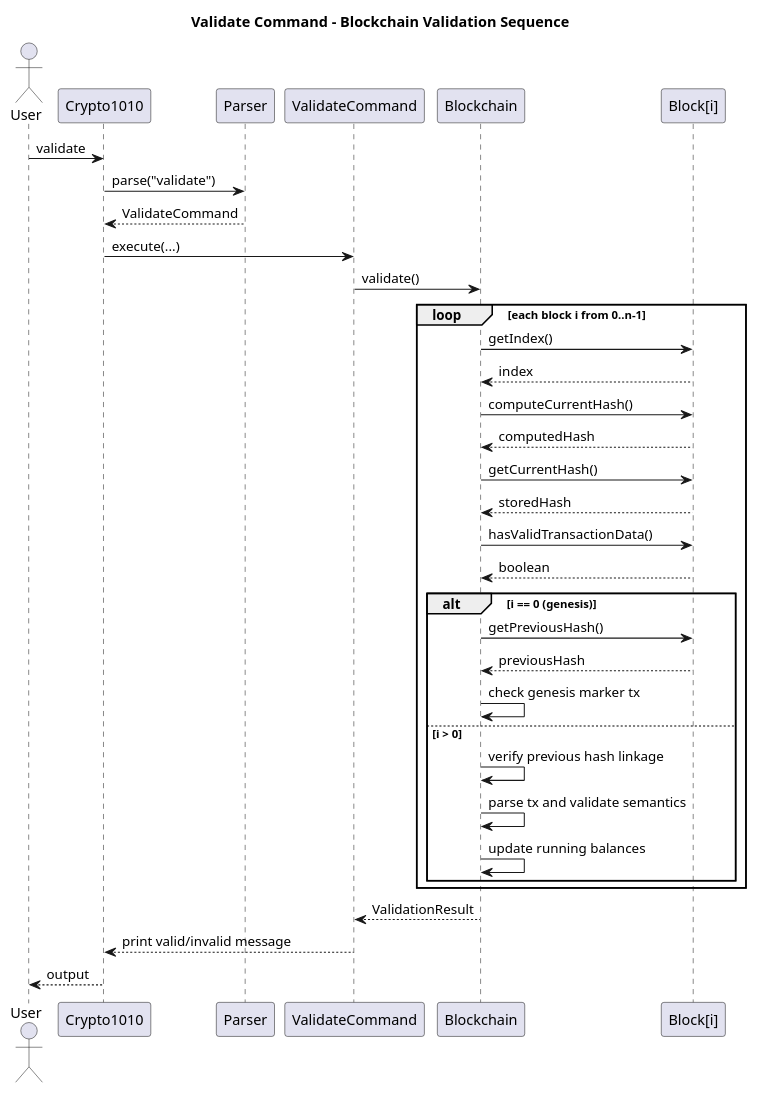
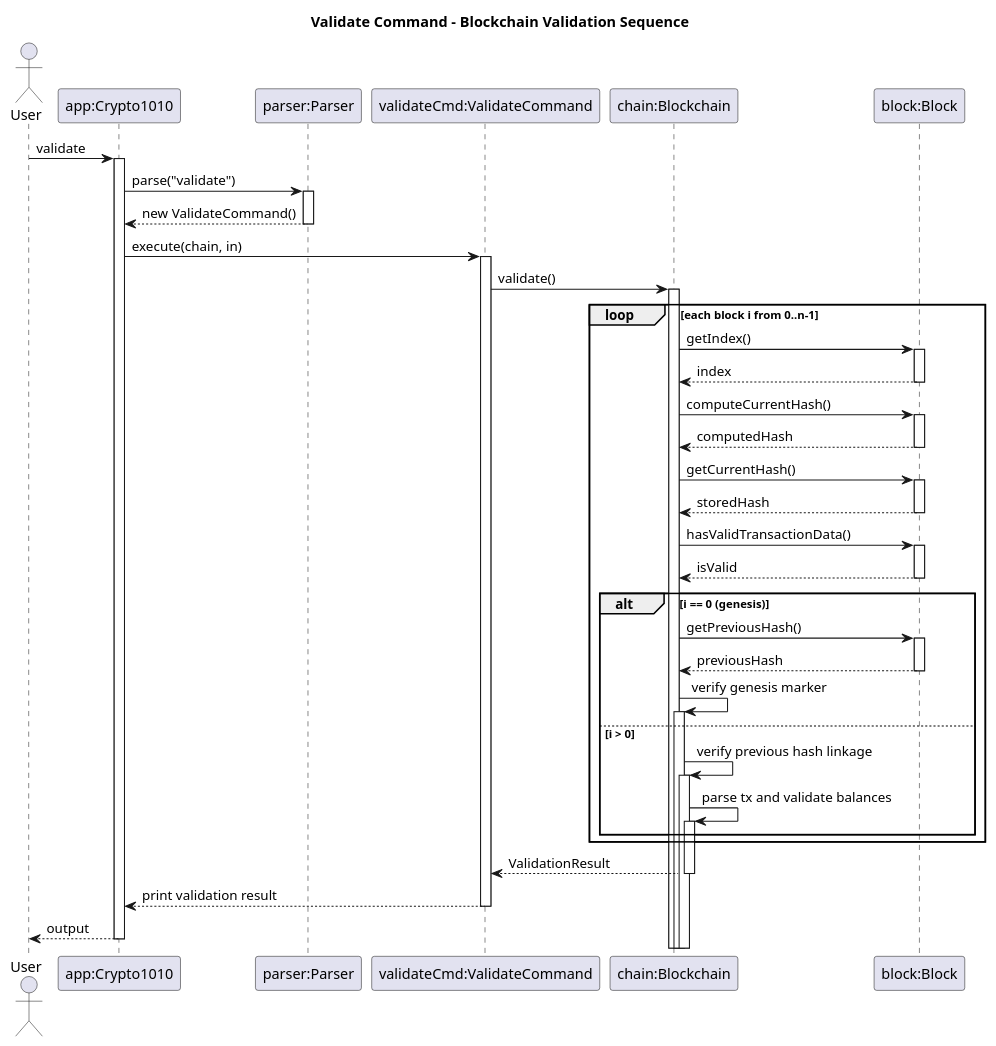
Before and after one commit to Anormalm/tp: the diagram in docs/diagrams/BlockchainValidationSequence.puml, drawn with PlantUML. The commit also changed 14 other files, not shown here.

Commit message:
Improve DG architecture and UML coverage

```diff
--- a/docs/diagrams/BlockchainValidationSequence.puml
+++ b/docs/diagrams/BlockchainValidationSequence.puml
@@ -1,42 +1,42 @@
 @startuml
 title Validate Command - Blockchain Validation Sequence
+autoactivate on
 
 actor User
-participant "Crypto1010" as App
-participant "Parser" as Parser
-participant "ValidateCommand" as Validate
-participant "Blockchain" as Chain
-participant "Block[i]" as Block
+participant "app:Crypto1010" as App
+participant "parser:Parser" as Parser
+participant "validateCmd:ValidateCommand" as Validate
+participant "chain:Blockchain" as Chain
+participant "block:Block" as Block
 
 User -> App: validate
 App -> Parser: parse("validate")
-Parser --> App: ValidateCommand
-App -> Validate: execute(...)
+Parser --> App: new ValidateCommand()
+App -> Validate: execute(chain, in)
 Validate -> Chain: validate()
 
 loop each block i from 0..n-1
   Chain -> Block: getIndex()
   Block --> Chain: index
   Chain -> Block: computeCurrentHash()
   Block --> Chain: computedHash
   Chain -> Block: getCurrentHash()
   Block --> Chain: storedHash
   Chain -> Block: hasValidTransactionData()
-  Block --> Chain: boolean
+  Block --> Chain: isValid
 
   alt i == 0 (genesis)
     Chain -> Block: getPreviousHash()
     Block --> Chain: previousHash
-    Chain -> Chain: check genesis marker tx
+    Chain -> Chain: verify genesis marker
   else i > 0
     Chain -> Chain: verify previous hash linkage
-    Chain -> Chain: parse tx and validate semantics
-    Chain -> Chain: update running balances
+    Chain -> Chain: parse tx and validate balances
   end
 end
 
 Chain --> Validate: ValidationResult
-Validate --> App: print valid/invalid message
+Validate --> App: print validation result
 App --> User: output
 
 @enduml
```
